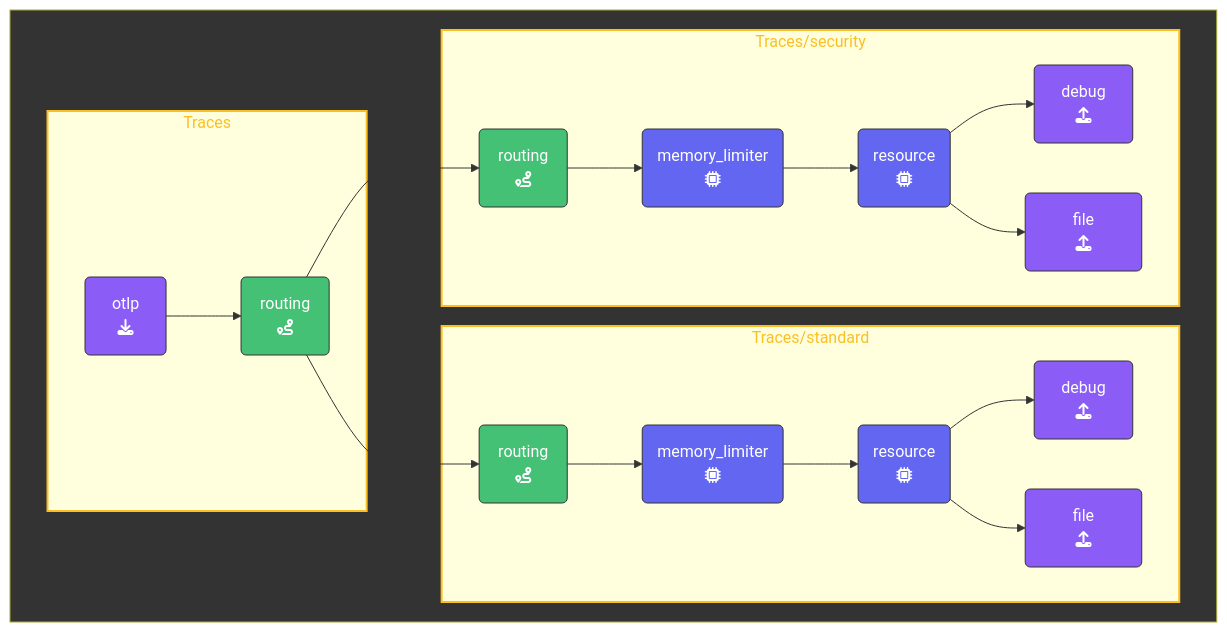
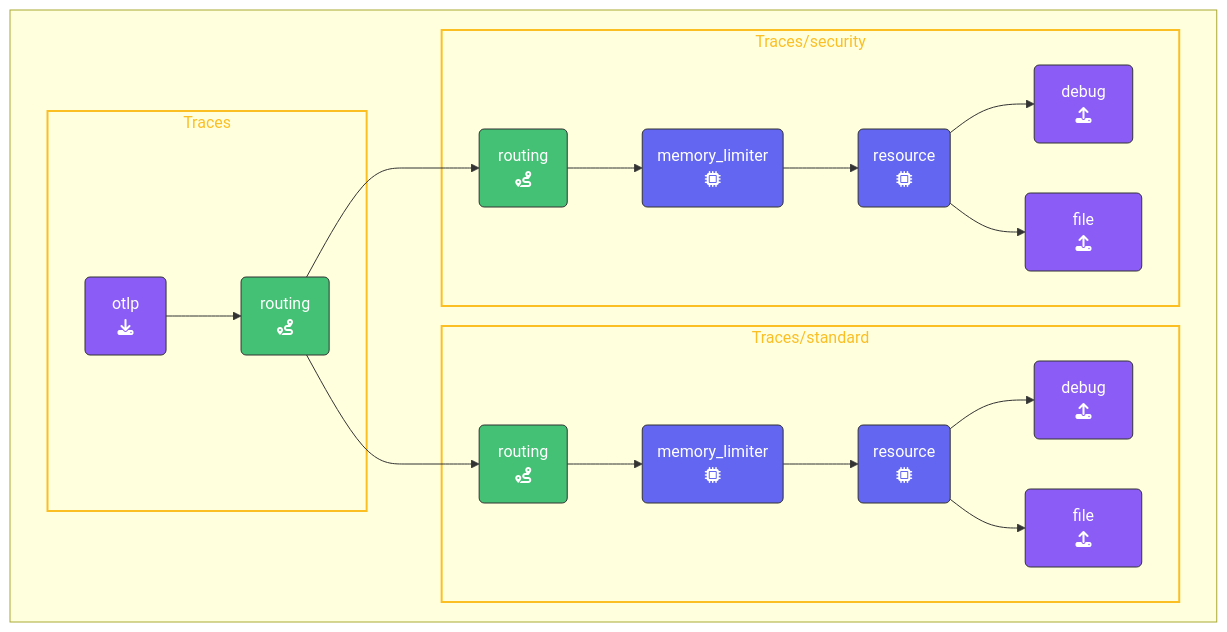
Before and after one commit to splunk/observability-workshop: the diagram in content/en/ninja-workshops/10-advanced-otel/8-routing/_index.md, drawn with Mermaid.

Commit message:
Minor fix to chart

````diff
--- a/content/en/ninja-workshops/10-advanced-otel/8-routing/_index.md
+++ b/content/en/ninja-workshops/10-advanced-otel/8-routing/_index.md
@@ -146,46 +146,45 @@
 ```mermaid
 %%{init:{"fontFamily":"monospace"}}%%
 graph LR
     %% Nodes
       REC1(&nbsp;&nbsp;&nbsp;otlp&nbsp;&nbsp;&nbsp;<br>fa:fa-download):::receiver
       PRO1(memory_limiter<br>fa:fa-microchip):::processor
       PRO2(memory_limiter<br>fa:fa-microchip):::processor
       PRO3(resource<br>fa:fa-microchip):::processor
       PRO4(resource<br>fa:fa-microchip):::processor
       EXP1(&nbsp;&ensp;debug&nbsp;&ensp;<br>fa:fa-upload):::exporter
       EXP2(&emsp;&emsp;file&emsp;&emsp;<br>fa:fa-upload):::exporter
       EXP3(&nbsp;&ensp;debug&nbsp;&ensp;<br>fa:fa-upload):::exporter
       EXP4(&emsp;&emsp;file&emsp;&emsp;<br>fa:fa-upload):::exporter
       ROUTE1(&nbsp;routing&nbsp;<br>fa:fa-route):::con-export
       ROUTE2(&nbsp;routing&nbsp;<br>fa:fa-route):::con-receive
       ROUTE3(&nbsp;routing&nbsp;<br>fa:fa-route):::con-receive
     %% Links
     subID1:::sub-traces
     subID2:::sub-traces
     subID3:::sub-traces
-    subgraph main[" "]
+    subgraph " "
     direction LR
       subgraph subID1[Traces]
       REC1 --> ROUTE1
       end
       subgraph subID2[Traces/standard]
       ROUTE1 --> ROUTE2
       ROUTE2 --> PRO1
       PRO1 --> PRO3
       PRO3 --> EXP1
       PRO3 --> EXP2
       end
       subgraph subID3[Traces/security]
       ROUTE1 --> ROUTE3
       ROUTE3 --> PRO2
       PRO2 --> PRO4
       PRO4 --> EXP3
       PRO4 --> EXP4
       end
     end
 classDef receiver,exporter fill:#8b5cf6,stroke:#333,stroke-width:1px,color:#fff;
 classDef processor fill:#6366f1,stroke:#333,stroke-width:1px,color:#fff;
 classDef con-receive,con-export fill:#45c175,stroke:#333,stroke-width:1px,color:#fff;
-style main fill:#333
 classDef sub-traces stroke:#fbbf24,stroke-width:2px, color:#fbbf24;
 ```
````
